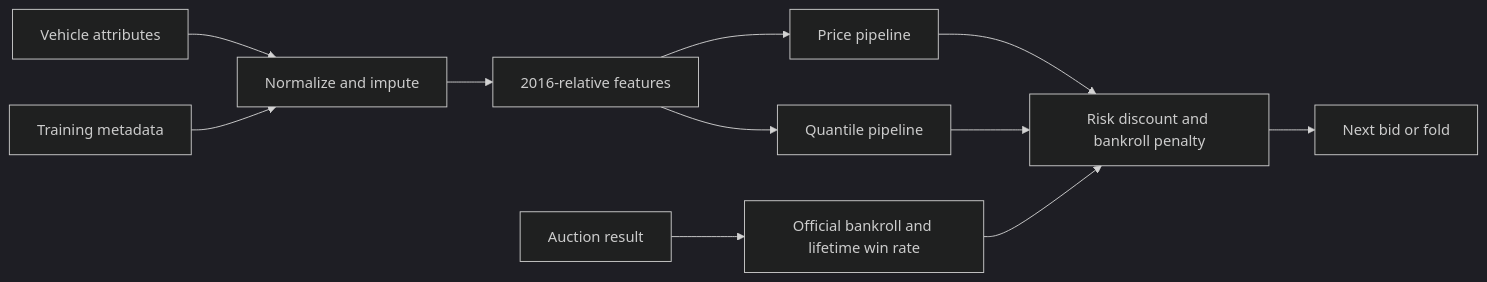
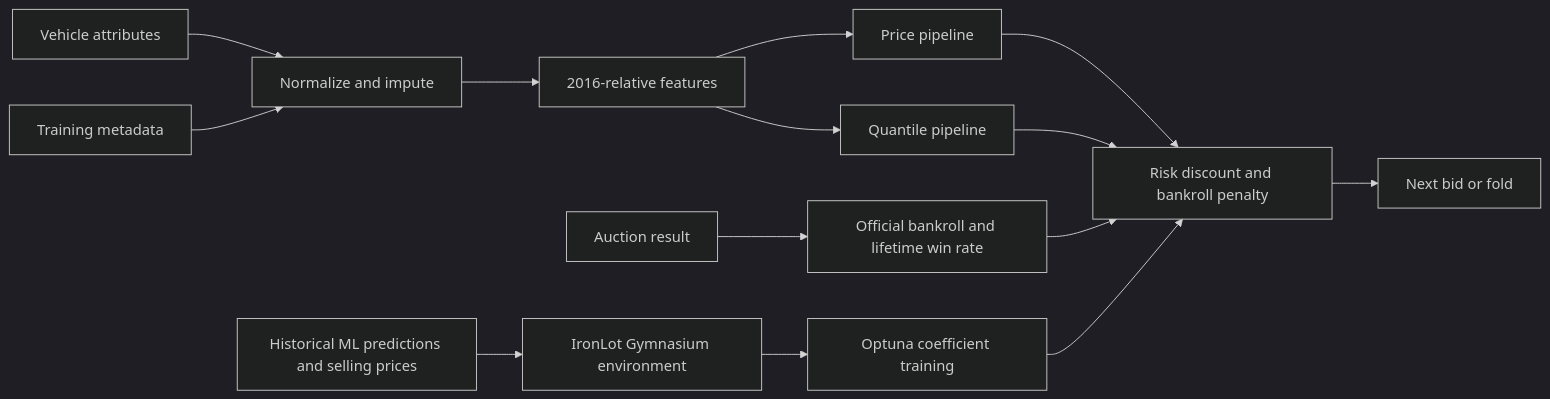
Before and after one commit to preyash309/Auction-Agent-IronLot: the diagram in README.md, drawn with Mermaid (dark theme). The commit also changed other lines of this file and 15 other files, not shown here.

Commit message:
Integrate IronLot submission and reproducible auction-agent training

````diff
--- a/README.md
+++ b/README.md
@@ -42,13 +46,16 @@
 ```mermaid
 flowchart LR
     A[Vehicle attributes] --> B[Normalize and impute]
     M[Training metadata] --> B
     B --> C[2016-relative features]
     C --> D[Price pipeline]
     C --> E[Quantile pipeline]
     D --> F[Risk discount and bankroll penalty]
     E --> F
     G[Official bankroll and lifetime win rate] --> F
     F --> H[Next bid or fold]
     I[Auction result] --> G
+    J[Historical ML predictions and selling prices] --> K[IronLot Gymnasium environment]
+    K --> L[Optuna coefficient training]
+    L --> F
 ```
````
